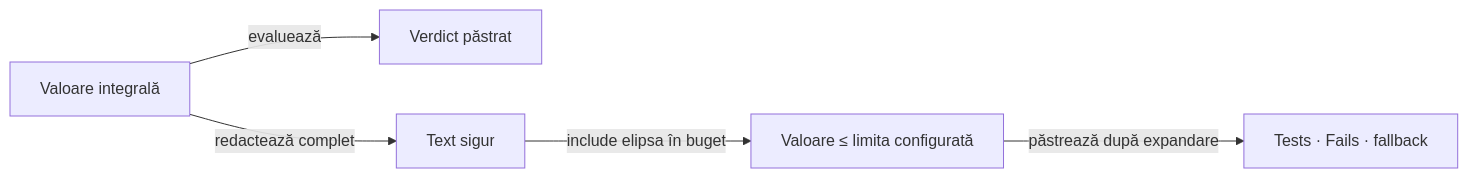
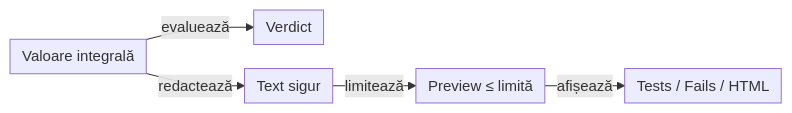
One commit to crististefanita/atf_j0 changed the fifth of 11 diagrams in docs/ATF_Reporting_Contract.md. Above: the diagram before and after it, drawn with Mermaid. The commit also changed other lines of this file and 97 other files, not shown here.

````diff
--- a/docs/ATF_Reporting_Contract.md
+++ b/docs/ATF_Reporting_Contract.md
@@ -538,7 +552,8 @@
 ```mermaid
+%%{init: {"themeVariables":{"fontSize":"15px"},"themeCSS":".nodeLabel, .nodeLabel p { font-size: 15px !important; line-height: 1.35 !important; } .edgeLabel, .edgeLabel p { font-size: 12px !important; font-weight: 400 !important; line-height: 1.2 !important; } .edgeLabel .labelBkg, .edgeLabel p { background: transparent !important; } .edgeLabel foreignObject { transform: translateY(-18px); overflow: visible; } .node rect { rx: 6px; ry: 6px; }","flowchart":{"curve":"linear","nodeSpacing":24,"rankSpacing":24,"padding":6,"diagramPadding":20}}}%%
 flowchart LR
-    Raw["Valoare integrală"] -->|evaluează| Verdict["Verdict păstrat"]
-    Raw -->|redactează complet| Safe["Text sigur"]
-    Safe -->|include elipsa în buget| Preview["Valoare ≤ limita configurată"]
-    Preview -->|păstrează după expandare| Views["Tests · Fails · fallback"]
+    Raw["Valoare integrală"] -->|evaluează| Verdict["Verdict"]
+    Raw -->|redactează| Safe["Text sigur"]
+    Safe -->|limitează| Preview["Preview ≤ limită"]
+    Preview -->|afișează| Views["Tests / Fails / HTML"]
 ```
````
